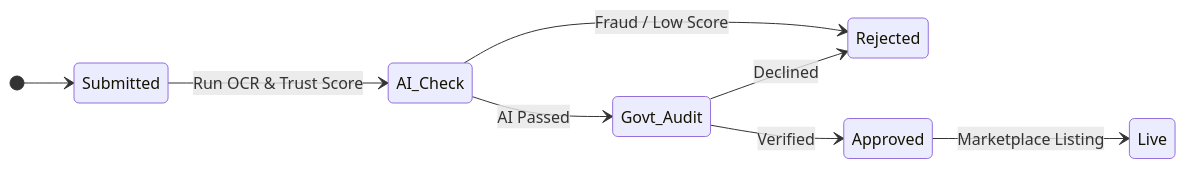
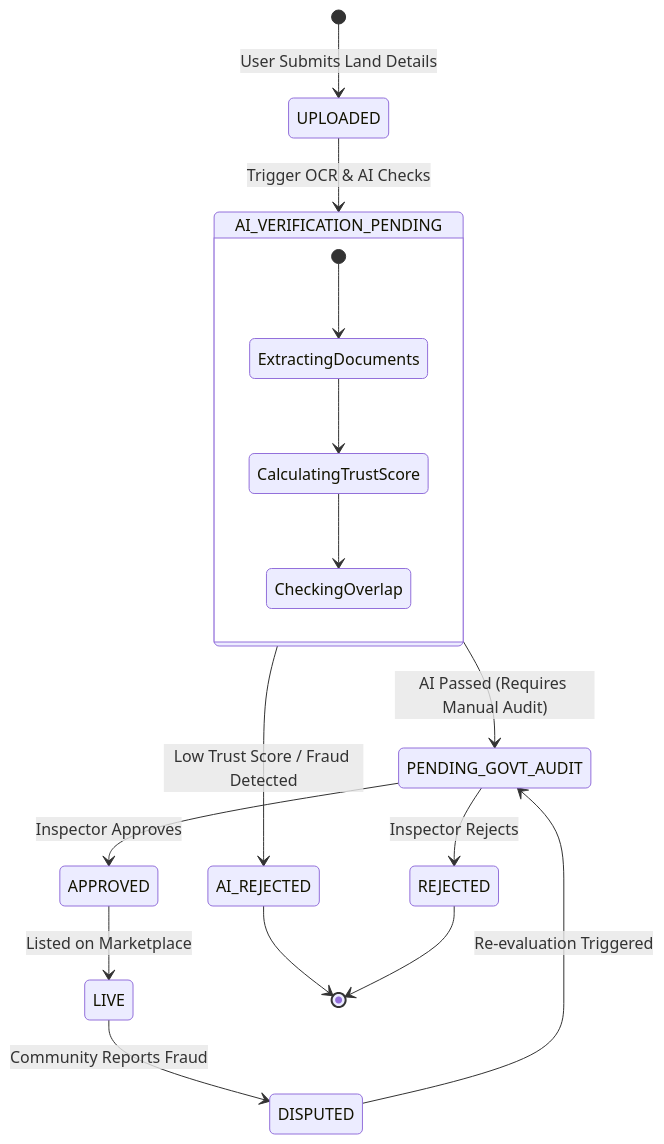
Before and after one commit to pirates27/frontend: the third of 3 diagrams in README.md, drawn with Mermaid. The commit also changed other lines of this file, not shown here.

````diff
--- a/README.md
+++ b/README.md
@@ -125,11 +154,26 @@
 ```mermaid
 stateDiagram-v2
-    direction LR
-    [*] --> Submitted
-    Submitted --> AI_Check: Run OCR & Trust Score
-    AI_Check --> Govt_Audit: AI Passed
-    AI_Check --> Rejected: Fraud / Low Score
-    Govt_Audit --> Approved: Verified
-    Govt_Audit --> Rejected: Declined
-    Approved --> Live: Marketplace Listing
+    [*] --> UPLOADED : User Submits Land Details
+    
+    UPLOADED --> AI_VERIFICATION_PENDING : Trigger OCR & AI Checks
+    
+    state AI_VERIFICATION_PENDING {
+        [*] --> ExtractingDocuments
+        ExtractingDocuments --> CalculatingTrustScore
+        CalculatingTrustScore --> CheckingOverlap
+    }
+    
+    AI_VERIFICATION_PENDING --> AI_REJECTED : Low Trust Score / Fraud Detected
+    AI_VERIFICATION_PENDING --> PENDING_GOVT_AUDIT : AI Passed (Requires Manual Audit)
+    
+    PENDING_GOVT_AUDIT --> APPROVED : Inspector Approves
+    PENDING_GOVT_AUDIT --> REJECTED : Inspector Rejects
+    
+    APPROVED --> LIVE : Listed on Marketplace
+    LIVE --> DISPUTED : Community Reports Fraud
+    
+    DISPUTED --> PENDING_GOVT_AUDIT : Re-evaluation Triggered
+    
+    AI_REJECTED --> [*]
+    REJECTED --> [*]
 ```
````
